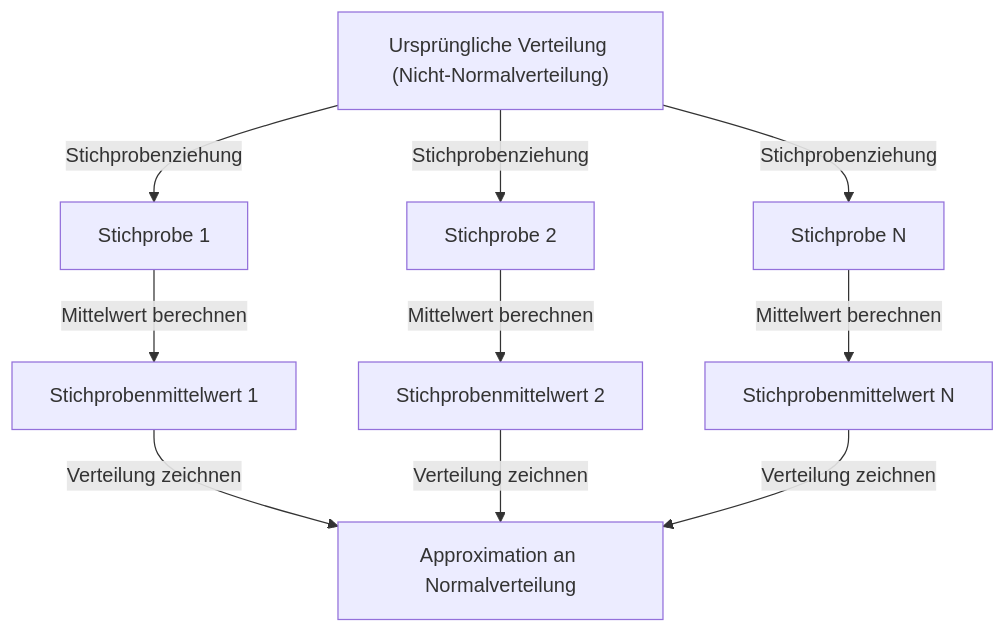
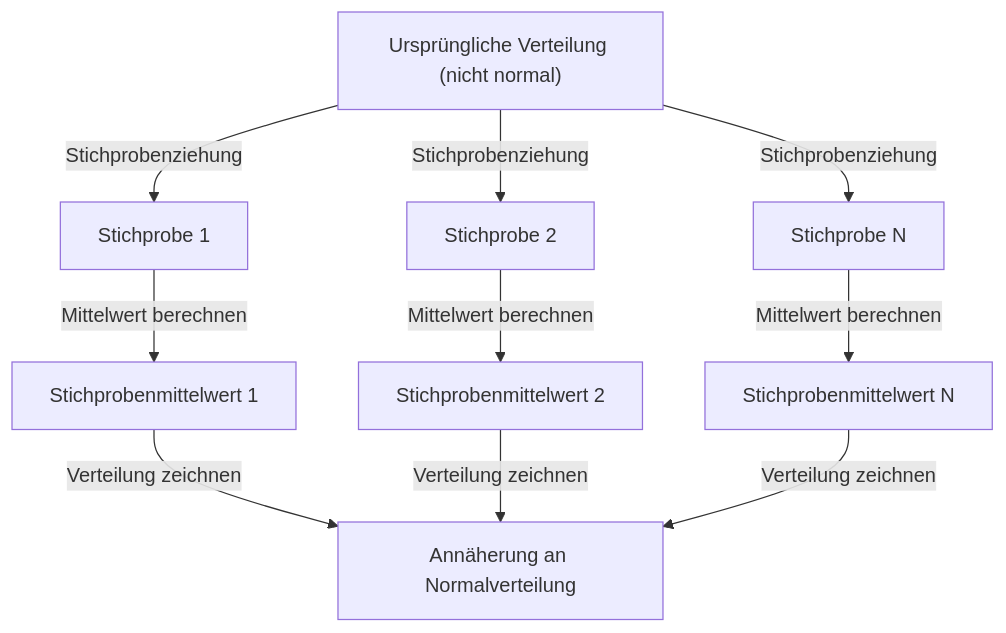
Before and after one commit to kenjinote/blog: the diagram in content/post/central-limit-theorem/index.de.md, drawn with Mermaid. The commit also changed other lines of this file and 97 other files, not shown here.

````diff
--- a/content/post/central-limit-theorem/index.de.md
+++ b/content/post/central-limit-theorem/index.de.md
@@ -43,12 +43,12 @@
 ```mermaid
 graph TD
-    A["Ursprüngliche Verteilung (Nicht-Normalverteilung)"] -->|"Stichprobenziehung"| B["Stichprobe 1"]
+    A["Ursprüngliche Verteilung (nicht normal)"] -->|"Stichprobenziehung"| B["Stichprobe 1"]
     A -->|"Stichprobenziehung"| C["Stichprobe 2"]
     A -->|"Stichprobenziehung"| D["Stichprobe N"]
     B -->|"Mittelwert berechnen"| E["Stichprobenmittelwert 1"]
     C -->|"Mittelwert berechnen"| F["Stichprobenmittelwert 2"]
     D -->|"Mittelwert berechnen"| G["Stichprobenmittelwert N"]
-    E -->|"Verteilung zeichnen"| H["Approximation an Normalverteilung"]
+    E -->|"Verteilung zeichnen"| H["Annäherung an Normalverteilung"]
     F -->|"Verteilung zeichnen"| H
     G -->|"Verteilung zeichnen"| H
 ```
````
